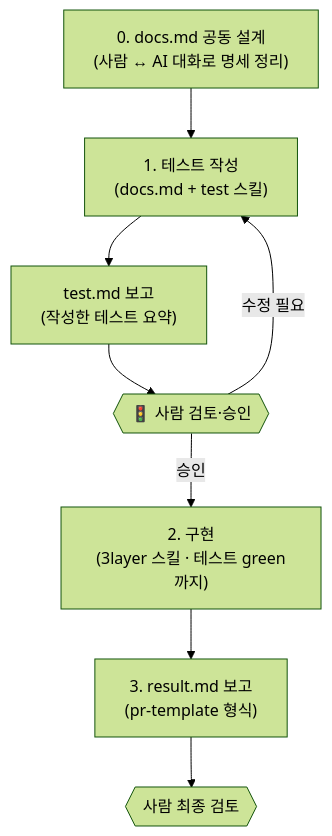
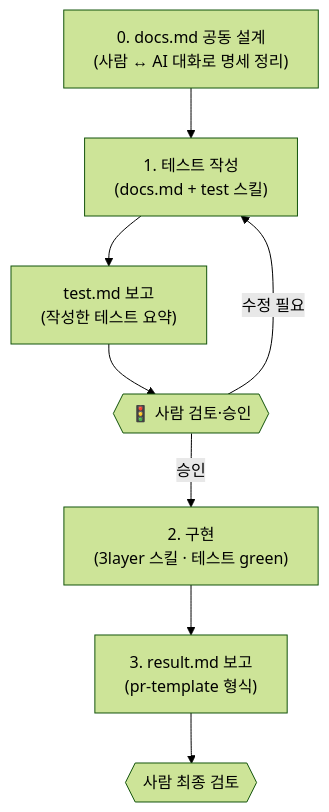
The diagram in .claude/troubleshooting/skill-human-in-the-loop.md (Tokwasp/foodshare), drawn with Mermaid (forest theme) before and after one commit. The commit also changed other lines of this file, not shown here.

````diff
--- a/.claude/troubleshooting/skill-human-in-the-loop.md
+++ b/.claude/troubleshooting/skill-human-in-the-loop.md
@@ -26,10 +25,10 @@
 ```mermaid
 flowchart TD
     A["0. docs.md 공동 설계<br/>(사람 ↔ AI 대화로 명세 정리)"] --> B["1. 테스트 작성<br/>(docs.md + test 스킬)"]
     B --> C["test.md 보고<br/>(작성한 테스트 요약)"]
     C --> G{{"🚦 사람 검토·승인"}}
     G -->|"수정 필요"| B
-    G -->|"승인"| D["2. 구현<br/>(3layer 스킬 · 테스트 green까지)"]
+    G -->|"승인"| D["2. 구현<br/>(3layer 스킬 · 테스트 green)"]
     D --> E["3. result.md 보고<br/>(pr-template 형식)"]
     E --> F{{"사람 최종 검토"}}
 ```
````
